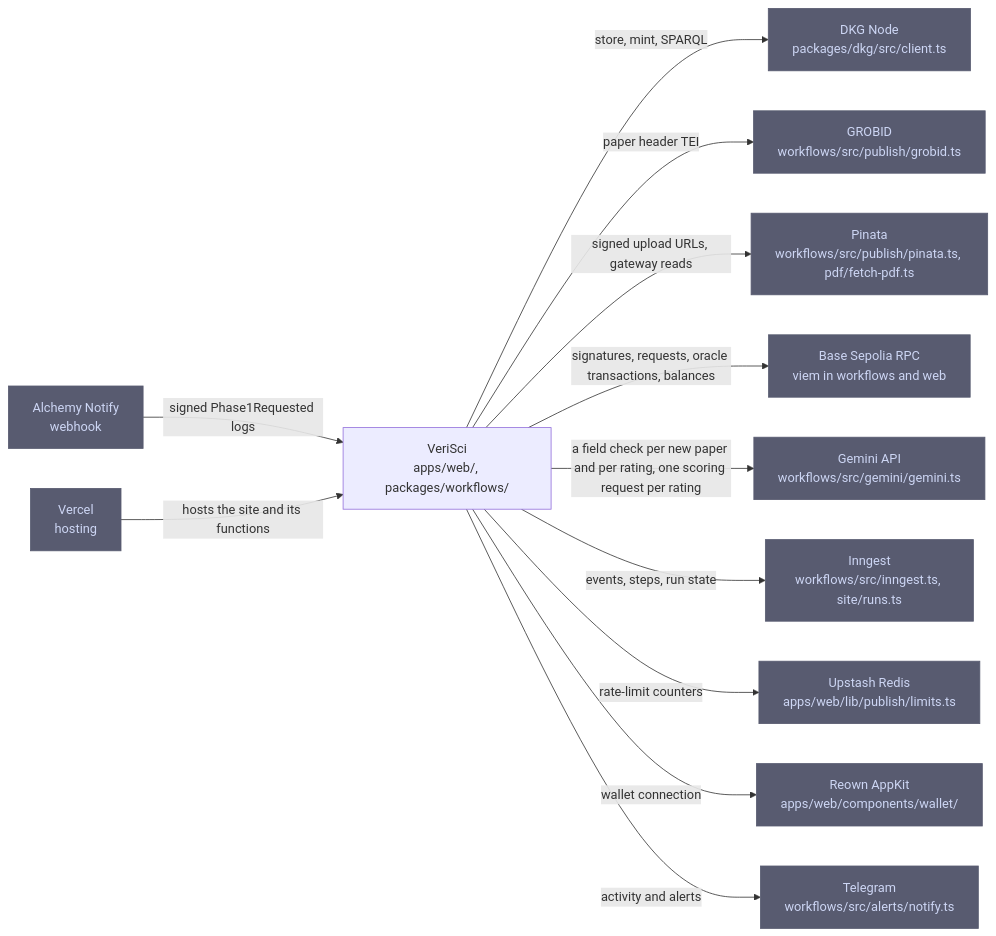
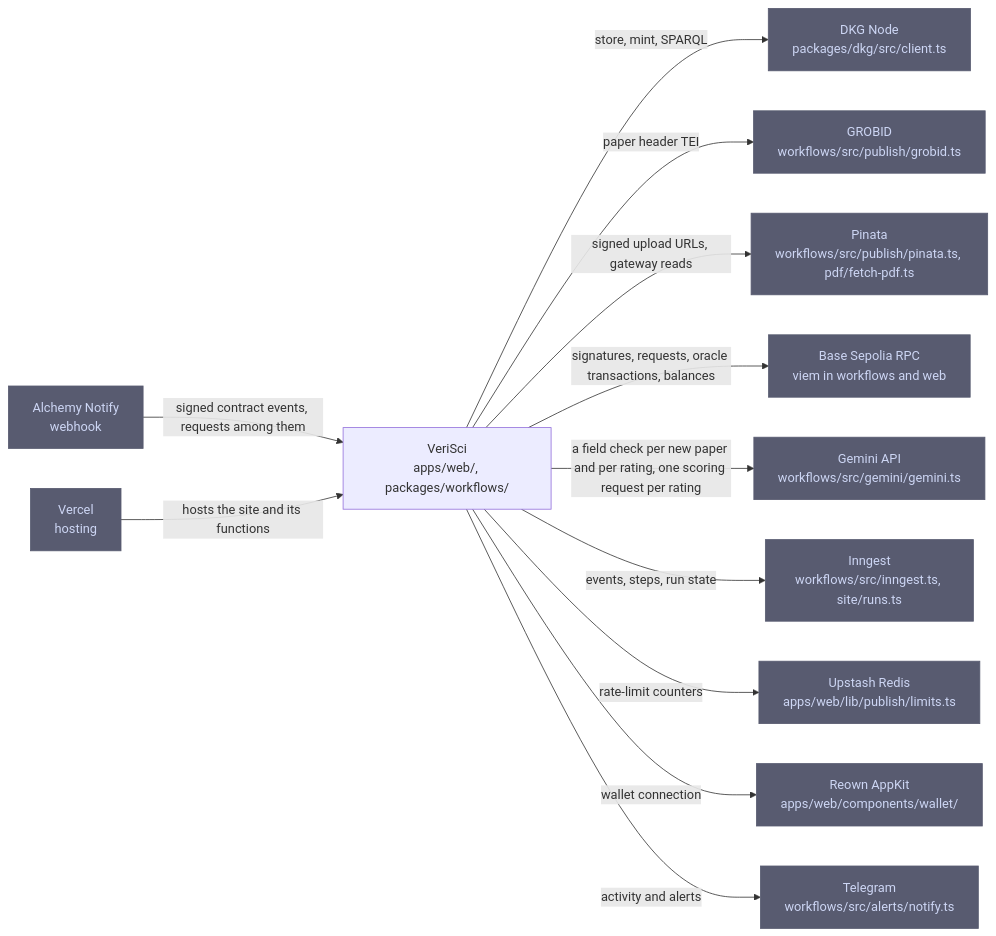
Before and after one commit to SiegfriedBz/labstrail: the diagram in .omm/external-integrations/diagram.mmd, drawn with Mermaid. The commit also changed 5 other files, not shown here.

First line of the commit message:
docs(repo): match the webhook diagrams and unpin note to the code

```diff
--- a/.omm/external-integrations/diagram.mmd
+++ b/.omm/external-integrations/diagram.mmd
@@ -1,14 +1,14 @@
 graph LR
     verisci["VeriSci\napps/web/, packages/workflows/"] -->|"store, mint, SPARQL"| dkg-node["DKG Node\npackages/dkg/src/client.ts"]
     verisci -->|"paper header TEI"| grobid["GROBID\nworkflows/src/publish/grobid.ts"]
     verisci -->|"signed upload URLs, gateway reads"| pinata["Pinata\nworkflows/src/publish/pinata.ts, pdf/fetch-pdf.ts"]
     verisci -->|"signatures, requests, oracle transactions, balances"| base-rpc["Base Sepolia RPC\nviem in workflows and web"]
     verisci -->|"a field check per new paper and per rating, one scoring request per rating"| gemini["Gemini API\nworkflows/src/gemini/gemini.ts"]
     verisci -->|"events, steps, run state"| inngest["Inngest\nworkflows/src/inngest.ts, site/runs.ts"]
     verisci -->|"rate-limit counters"| upstash["Upstash Redis\napps/web/lib/publish/limits.ts"]
     verisci -->|"wallet connection"| reown["Reown AppKit\napps/web/components/wallet/"]
     verisci -->|"activity and alerts"| telegram["Telegram\nworkflows/src/alerts/notify.ts"]
-    alchemy-notify["Alchemy Notify\nwebhook"] -->|"signed Phase1Requested logs"| verisci
+    alchemy-notify["Alchemy Notify\nwebhook"] -->|"signed contract events, requests among them"| verisci
     vercel["Vercel\nhosting"] -->|"hosts the site and its functions"| verisci
     classDef external fill:#585b70,stroke:#585b70,color:#cdd6f4
     class dkg-node,grobid,pinata,base-rpc,gemini,inngest,upstash,reown,telegram,alchemy-notify,vercel external
```
